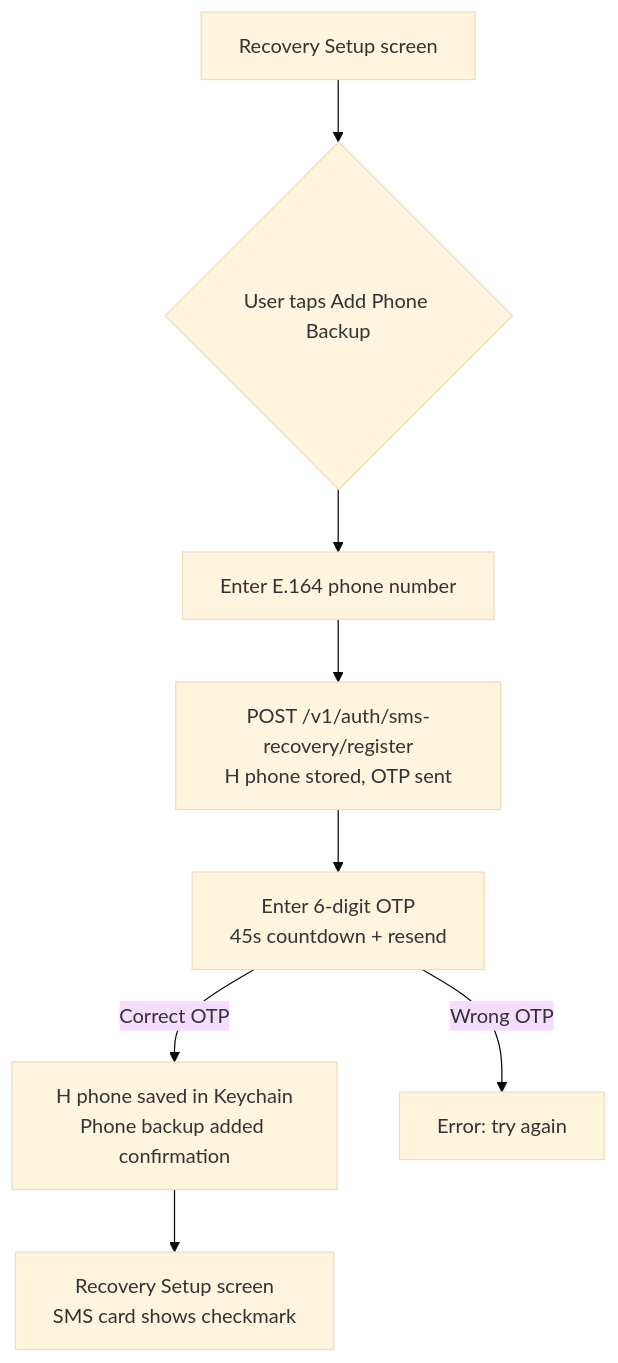
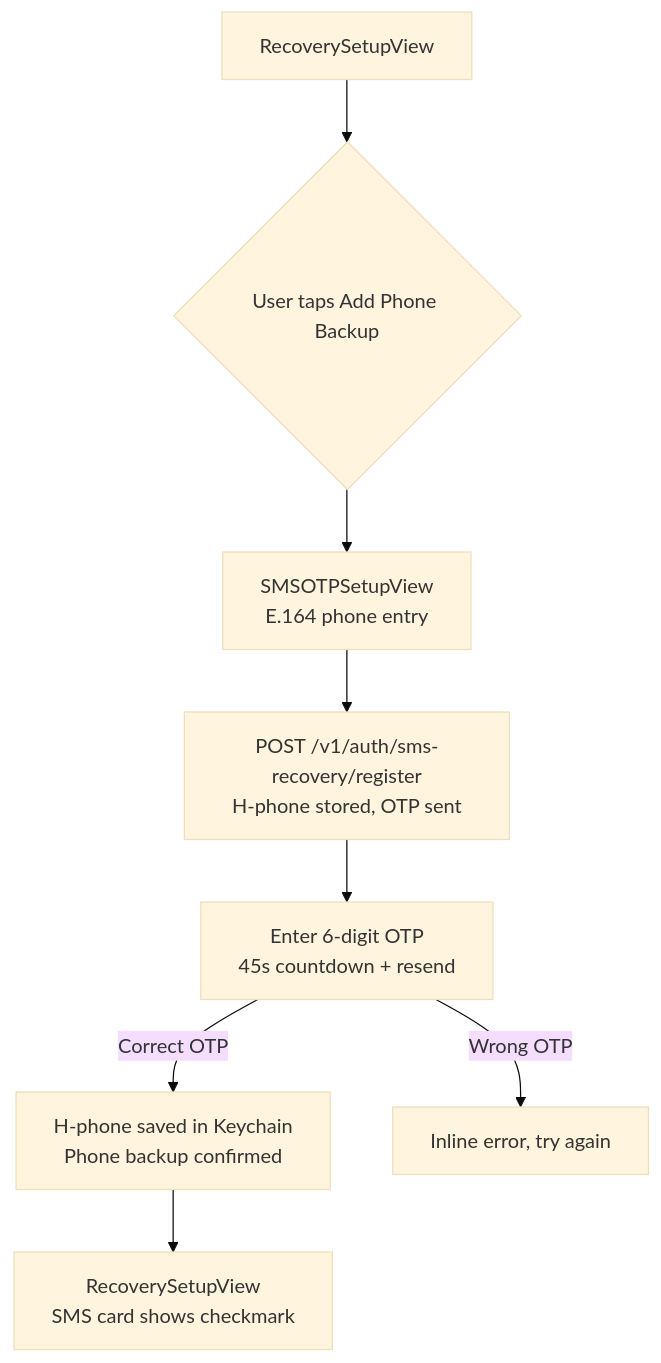
The fourth of 5 diagrams in docs/ux-spec.md (c1cromwell/echoapp), drawn with Mermaid (base theme) before and after one commit. The commit also changed other lines of this file, not shown here.

````diff
--- a/docs/ux-spec.md
+++ b/docs/ux-spec.md
@@ -69,10 +72,10 @@
 ```mermaid
 flowchart TD
-    A[Recovery Setup screen] --> B{User taps Add Phone Backup}
-    B --> C[Enter E.164 phone number]
-    C --> D[POST /v1/auth/sms-recovery/register\nH phone stored, OTP sent]
+    A[RecoverySetupView] --> B{User taps Add Phone Backup}
+    B --> C[SMSOTPSetupView\nE.164 phone entry]
+    C --> D[POST /v1/auth/sms-recovery/register\nH-phone stored, OTP sent]
     D --> E[Enter 6-digit OTP\n45s countdown + resend]
-    E -- Correct OTP --> F[H phone saved in Keychain\nPhone backup added confirmation]
-    E -- Wrong OTP --> G[Error: try again]
-    F --> H[Recovery Setup screen\nSMS card shows checkmark]
+    E -- Correct OTP --> F[H-phone saved in Keychain\nPhone backup confirmed]
+    E -- Wrong OTP --> G[Inline error, try again]
+    F --> H[RecoverySetupView\nSMS card shows checkmark]
 ```
````
